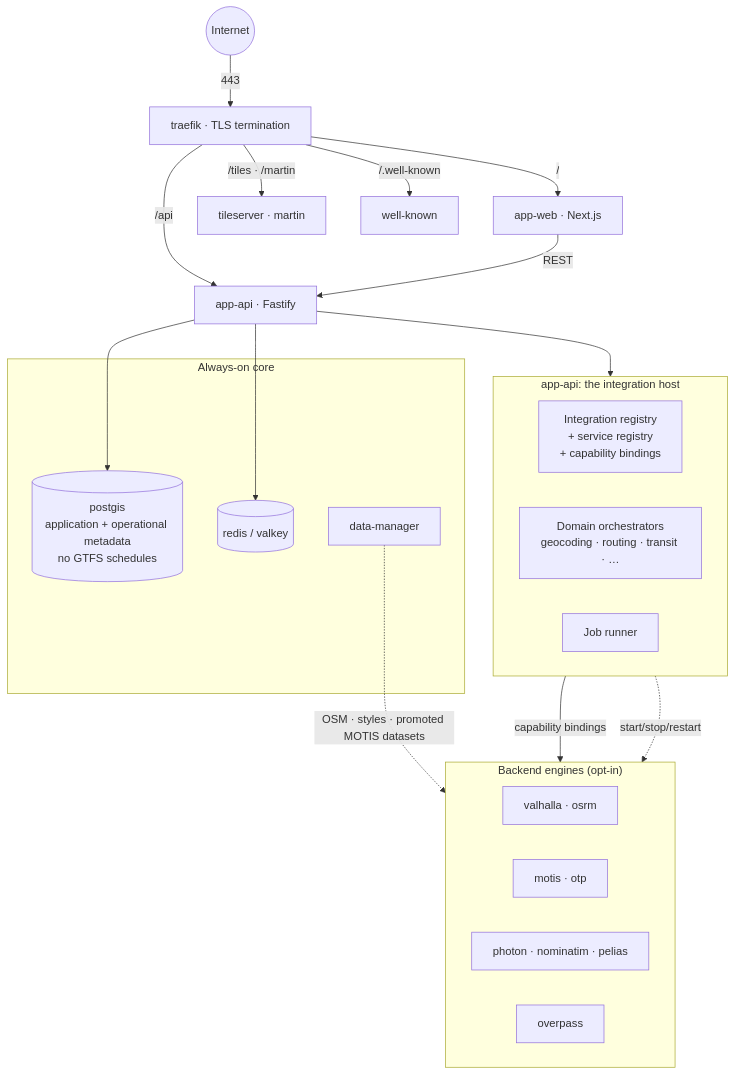
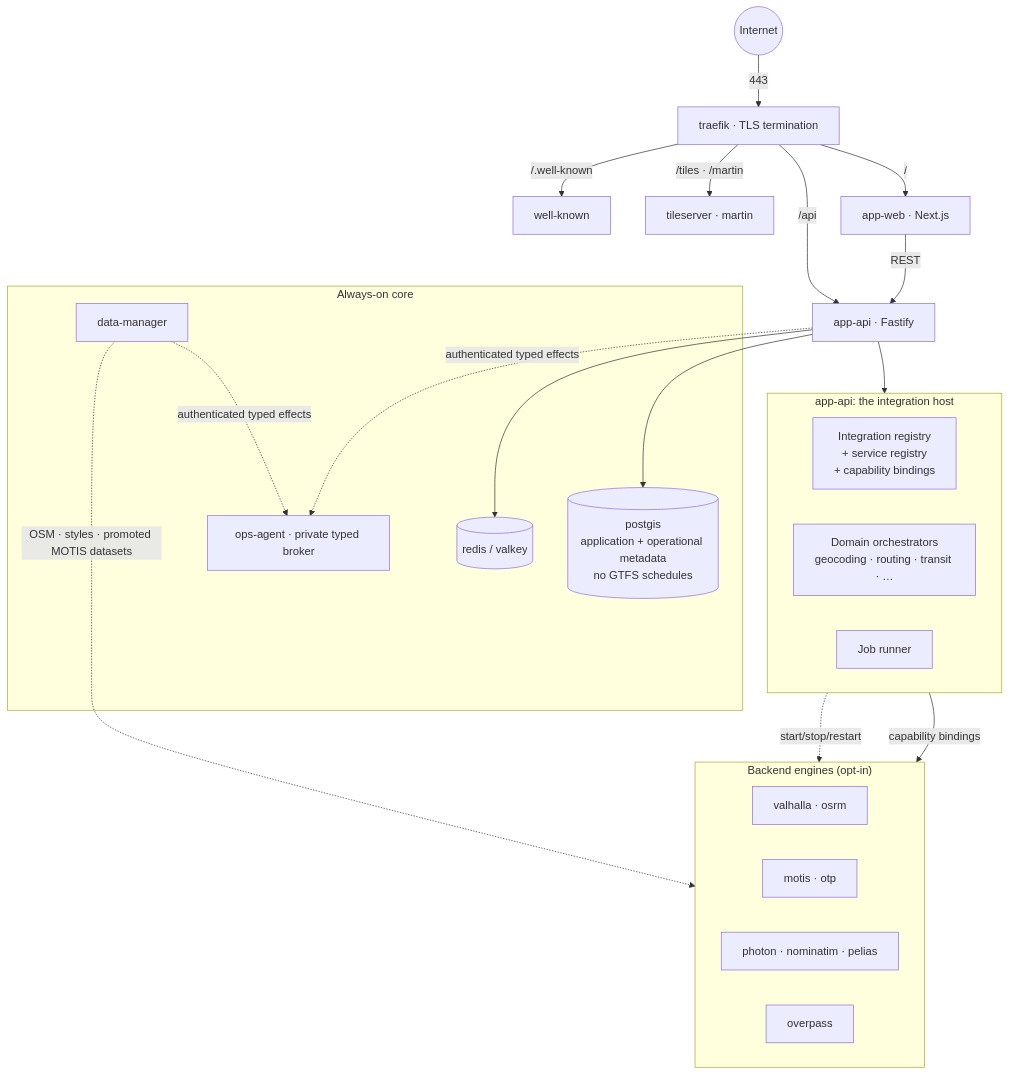
One commit to OpenMapX/openmapx changed the first of 4 diagrams in docs/docs/developer/architecture.md. Above: the diagram before and after it, drawn with Mermaid. The commit also changed other lines of this file and 20 other files, not shown here.

````diff
--- a/docs/docs/developer/architecture.md
+++ b/docs/docs/developer/architecture.md
@@ -91,39 +94,42 @@
 ```mermaid
 graph TD
     Internet((Internet)) -->|443| Traefik["traefik · TLS termination"]
 
     Traefik -->|/| Web["app-web · Next.js"]
     Traefik -->|/api| API["app-api · Fastify"]
     Traefik -->|/tiles · /martin| Tiles["tileserver · martin"]
     Traefik -->|/.well-known| WK["well-known"]
 
     Web -->|REST| API
 
     subgraph Host["app-api: the integration host"]
       direction LR
       IH["Integration registry<br/>+ service registry<br/>+ capability bindings"]
       Orc["Domain orchestrators<br/>geocoding · routing · transit · …"]
       Jobs["Job runner"]
     end
 
     API --> Host
 
     Orc -->|capability bindings| Engines
     subgraph Engines["Backend engines (opt-in)"]
       Routing["valhalla · osrm"]
       Transit["motis · otp"]
       Geocoding["photon · nominatim · pelias"]
       Queries["overpass"]
     end
 
     subgraph Infra["Always-on core"]
       PG[("postgis<br/>application + operational metadata<br/>no GTFS schedules")]
       Cache[("redis / valkey")]
       DM["data-manager"]
+      Ops["ops-agent · private typed broker"]
     end
 
     API --> PG
     API --> Cache
+    API -.->|authenticated typed effects| Ops
+    DM -.->|authenticated typed effects| Ops
     Jobs -.->|start/stop/restart| Engines
     DM -.->|OSM · styles · promoted MOTIS datasets| Engines
 ```
````
